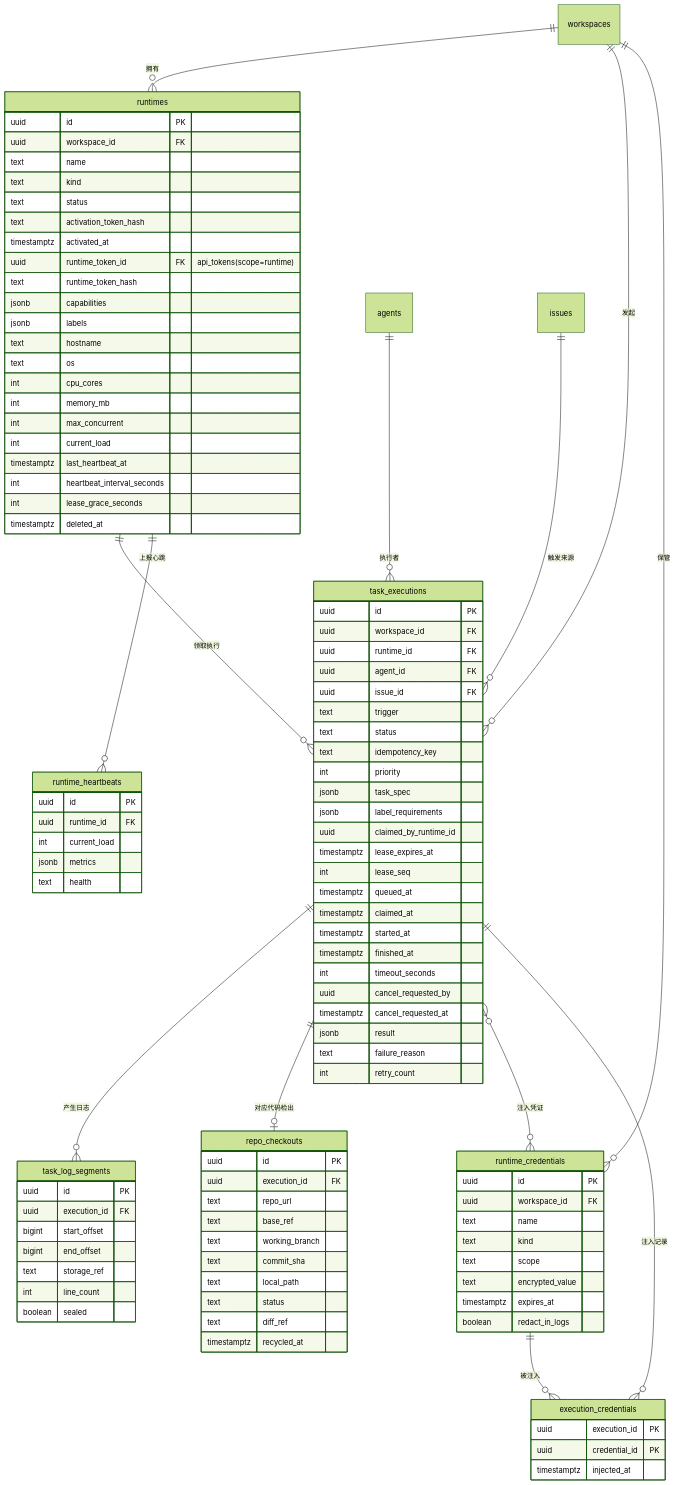
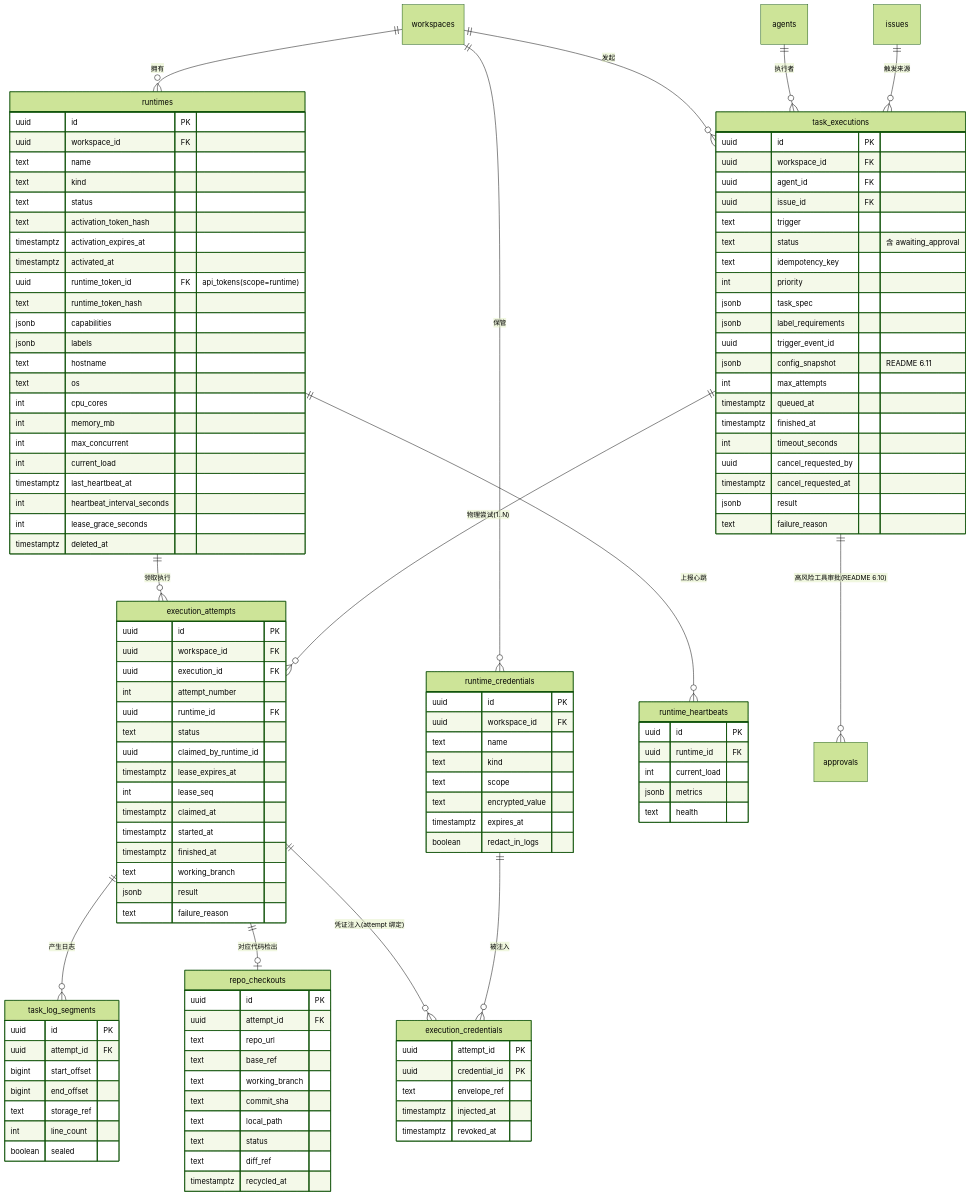
Before and after one commit to cnwenf/Mesh: the first of 2 diagrams in docs/specs/features/runtime.md, drawn with Mermaid (forest theme). The commit also changed other lines of this file and 15 other files, not shown here.

````diff
--- a/docs/specs/features/runtime.md
+++ b/docs/specs/features/runtime.md
@@ -75,17 +78,18 @@
 ```mermaid
 erDiagram
     workspaces ||--o{ runtimes : "拥有"
-    runtimes ||--o{ task_executions : "领取执行"
+    runtimes ||--o{ execution_attempts : "领取执行"
     workspaces ||--o{ task_executions : "发起"
     agents ||--o{ task_executions : "执行者"
     issues ||--o{ task_executions : "触发来源"
-    task_executions ||--o{ task_log_segments : "产生日志"
-    task_executions ||--o| repo_checkouts : "对应代码检出"
-    task_executions }o--o{ runtime_credentials : "注入凭证"
-    task_executions ||--o{ execution_credentials : "注入记录"
+    task_executions ||--o{ execution_attempts : "物理尝试(1..N)"
+    execution_attempts ||--o{ task_log_segments : "产生日志"
+    execution_attempts ||--o| repo_checkouts : "对应代码检出"
+    execution_attempts ||--o{ execution_credentials : "凭证注入(attempt 绑定)"
     runtime_credentials ||--o{ execution_credentials : "被注入"
     workspaces ||--o{ runtime_credentials : "保管"
     runtimes ||--o{ runtime_heartbeats : "上报心跳"
+    task_executions ||--o{ approvals : "高风险工具审批(README 6.10)"
 
     runtimes {
         uuid id PK
@@ -94,6 +98,7 @@
         text kind
         text status
         text activation_token_hash
+        timestamptz activation_expires_at
         timestamptz activated_at
         uuid runtime_token_id FK "api_tokens(scope=runtime)"
         text runtime_token_hash
@@ -113,32 +118,45 @@
     task_executions {
         uuid id PK
         uuid workspace_id FK
-        uuid runtime_id FK
         uuid agent_id FK
         uuid issue_id FK
         text trigger
-        text status
+        text status "含 awaiting_approval"
         text idempotency_key
         int priority
         jsonb task_spec
         jsonb label_requirements
-        uuid claimed_by_runtime_id
-        timestamptz lease_expires_at
-        int lease_seq
+        uuid trigger_event_id
+        jsonb config_snapshot "README 6.11"
+        int max_attempts
         timestamptz queued_at
-        timestamptz claimed_at
-        timestamptz started_at
         timestamptz finished_at
         int timeout_seconds
         uuid cancel_requested_by
         timestamptz cancel_requested_at
         jsonb result
         text failure_reason
-        int retry_count
+    }
+    execution_attempts {
+        uuid id PK
+        uuid workspace_id FK
+        uuid execution_id FK
+        int attempt_number
+        uuid runtime_id FK
+        text status
+        uuid claimed_by_runtime_id
+        timestamptz lease_expires_at
+        int lease_seq
+        timestamptz claimed_at
+        timestamptz started_at
+        timestamptz finished_at
+        text working_branch
+        jsonb result
+        text failure_reason
     }
     task_log_segments {
         uuid id PK
-        uuid execution_id FK
+        uuid attempt_id FK
         bigint start_offset
         bigint end_offset
         text storage_ref
@@ -147,7 +165,7 @@
     }
     repo_checkouts {
         uuid id PK
-        uuid execution_id FK
+        uuid attempt_id FK
         text repo_url
         text base_ref
         text working_branch
@@ -168,9 +186,11 @@
         boolean redact_in_logs
     }
     execution_credentials {
-        uuid execution_id PK
+        uuid attempt_id PK
         uuid credential_id PK
+        text envelope_ref
         timestamptz injected_at
+        timestamptz revoked_at
     }
     runtime_heartbeats {
         uuid id PK
````
